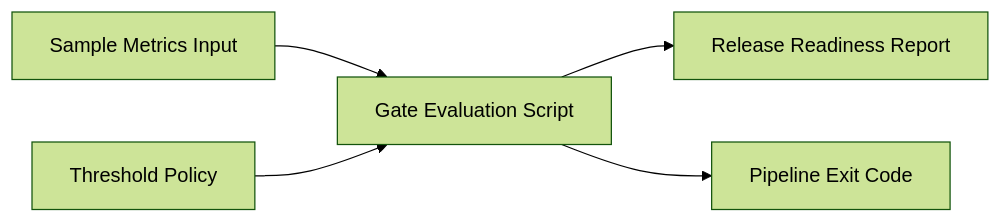
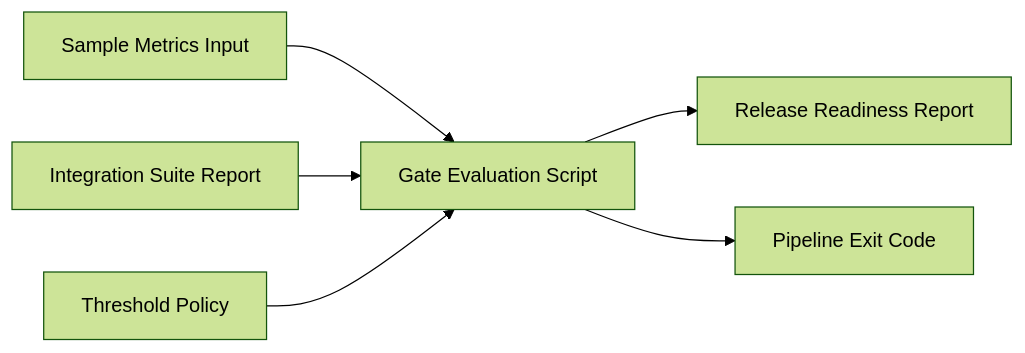
One commit to acbharath14/cicd-quality-gates-reference-implementation changed the diagram in README.md. Above: the diagram before and after it, drawn with Mermaid (forest theme). The commit also changed other lines of this file and 4 other files, not shown here.

Commit message:
feat: consume integration suite reports in quality gates

````diff
--- a/README.md
+++ b/README.md
@@ -11,7 +12,8 @@
 ```mermaid
 flowchart LR
 	Metrics[Sample Metrics Input] --> Evaluator[Gate Evaluation Script]
+	Integration[Integration Suite Report] --> Evaluator
 	Policy[Threshold Policy] --> Evaluator
 	Evaluator --> Report[Release Readiness Report]
 	Evaluator --> Exit[Pipeline Exit Code]
 ```
````
